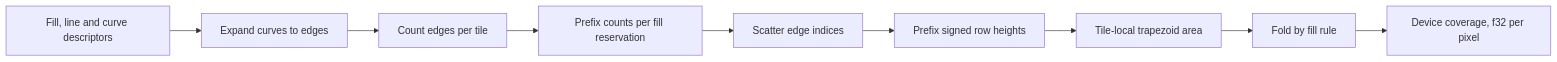
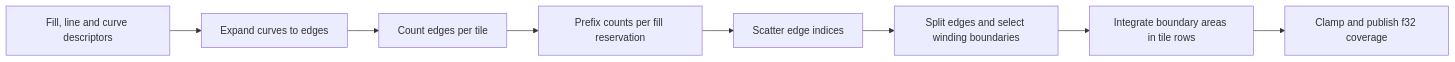
The eighth of 12 diagrams in docs/design/rendering.md (motion-rs/motion-rs), drawn with Mermaid before and after one commit. The commit also changed other lines of this file and 18 other files, not shown here.

````diff
--- a/docs/design/rendering.md
+++ b/docs/design/rendering.md
@@ -671,11 +678,10 @@
 ```mermaid
 flowchart LR
     Desc["Fill, line and curve descriptors"] --> Expand["Expand curves to edges"]
     Expand --> Count["Count edges per tile"]
     Count --> Prefix["Prefix counts per fill reservation"]
     Prefix --> Scatter["Scatter edge indices"]
-    Scatter --> Heights["Prefix signed row heights"]
-    Heights --> Area["Tile-local trapezoid area"]
-    Area --> Fold["Fold by fill rule"]
-    Fold --> Samples["Device coverage, f32 per pixel"]
+    Scatter --> Boundaries["Split edges and select winding boundaries"]
+    Boundaries --> Area["Integrate boundary areas in tile rows"]
+    Area --> Samples["Clamp and publish f32 coverage"]
 ```
````
